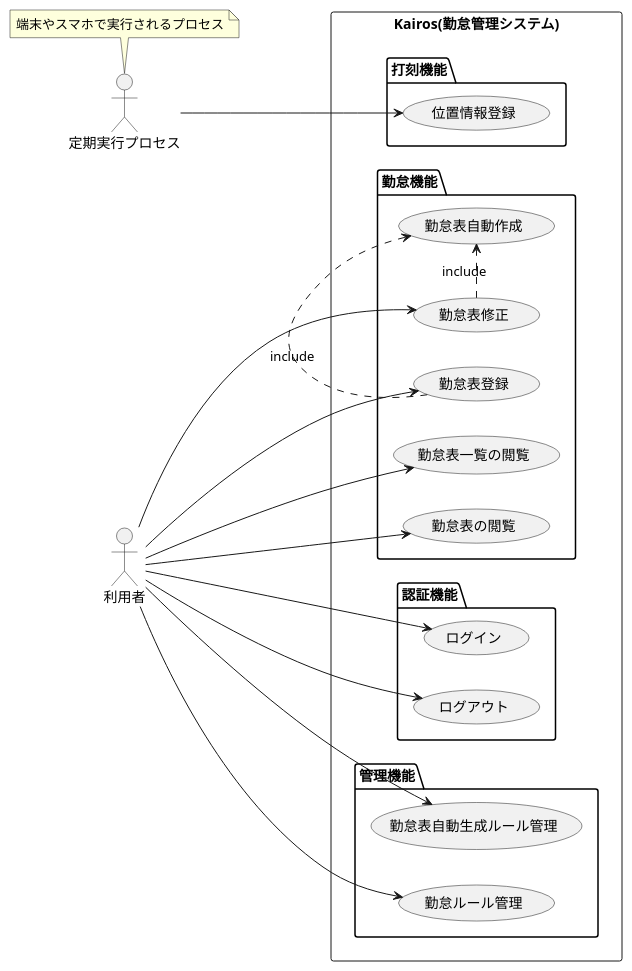
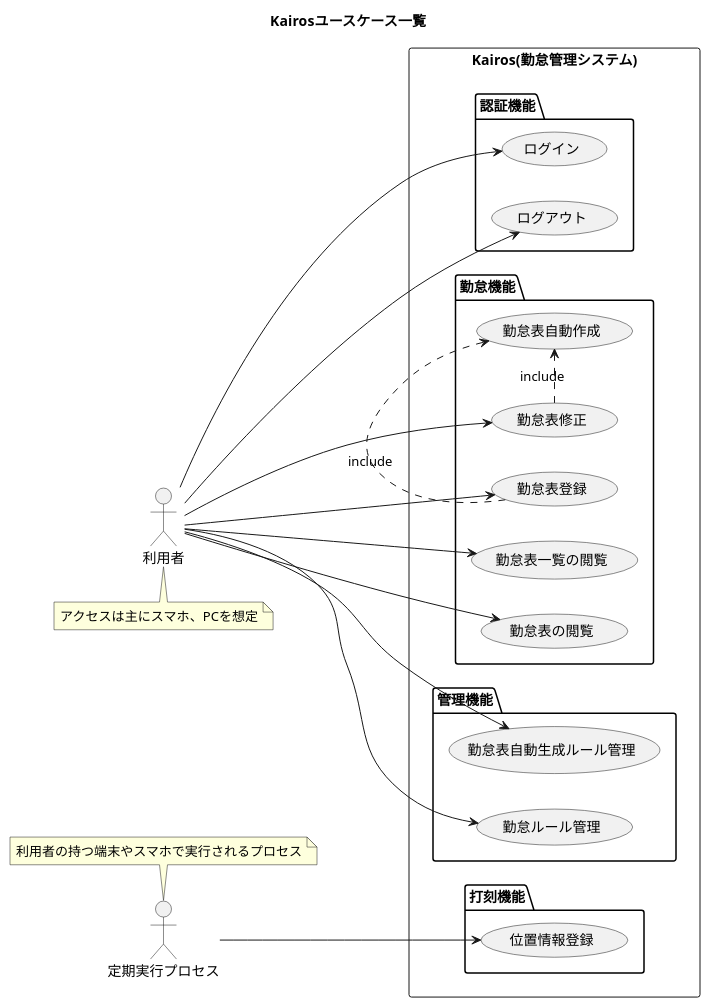
One commit to okanikani223/kairos changed the diagram in docs/usecase-diagrams/usecase.puml. Above: the diagram before and after it, drawn with PlantUML.

Commit message:
docs: ユースケース一覧のタイトルとメモを追加

```diff
--- a/docs/usecase-diagrams/usecase.puml
+++ b/docs/usecase-diagrams/usecase.puml
@@ -1,41 +1,43 @@
-@startuml Kairosユースケース
+@startuml Kairosユースケース一覧
+title Kairosユースケース一覧
 left to right direction
 
 actor "利用者" as User
+note bottom of User : アクセスは主にスマホ、PCを想定
 actor "定期実行プロセス" as AutoProcess
-note top of AutoProcess : 端末やスマホで実行されるプロセス
+note top of AutoProcess : 利用者の持つ端末やスマホで実行されるプロセス
 
 rectangle "Kairos(勤怠管理システム)" {
     package "認証機能" {
         (ログイン) as Login
         (ログアウト) as Logout
     }
     package "勤怠機能" {
           (勤怠表一覧の閲覧) as ViewReportList
           (勤怠表の閲覧) as ViewReport
           (勤怠表修正) as EditReport
           (勤怠表登録) as RegisterReport
           (勤怠表自動作成) as AutoCreateReport
     }
     package "打刻機能" {
         (位置情報登録) as RegisterLocations
     }
     package "管理機能" {
         (勤怠ルール管理) as ManageWorlRules
         (勤怠表自動生成ルール管理) as ManageReportCreationRules
     }
 }
 
 User --> Login
 User --> Logout
 User --> ViewReportList
 User --> ViewReport
 User --> EditReport
 User --> RegisterReport
 User --> ManageWorlRules
 EditReport .> AutoCreateReport : include
 RegisterReport .> AutoCreateReport : include
 User --> ManageReportCreationRules
 AutoProcess --> RegisterLocations
 
 @enduml
```
